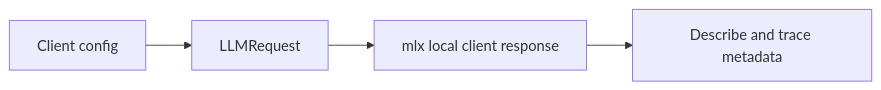
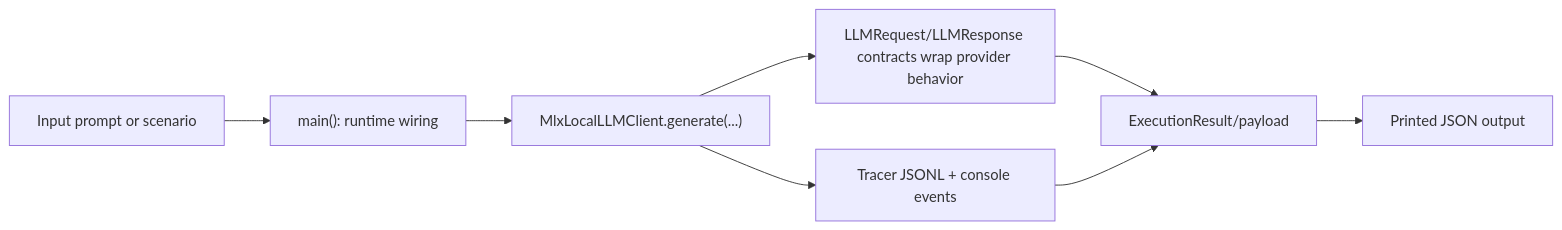
The diagram in docs/examples/clients/mlx_local_client.rst (cmudrc/design-research-agents), drawn with Mermaid before and after one commit. The commit also changed other lines of this file and 83 other files, not shown here.

```diff
--- a/docs/examples/clients/mlx_local_client.rst
+++ b/docs/examples/clients/mlx_local_client.rst
@@ -21,6 +22,10 @@
 .. mermaid::
 
    flowchart LR
-       A["Client config"] --> B["LLMRequest"]
-       B --> C["mlx local client response"]
-       C --> D["Describe and trace metadata"]
+       A["Input prompt or scenario"] --> B["main(): runtime wiring"]
+       B --> C["MlxLocalLLMClient.generate(...)"]
+       C --> D["LLMRequest/LLMResponse contracts wrap provider behavior"]
+       C --> E["Tracer JSONL + console events"]
+       D --> F["ExecutionResult/payload"]
+       E --> F
+       F --> G["Printed JSON output"]
```
